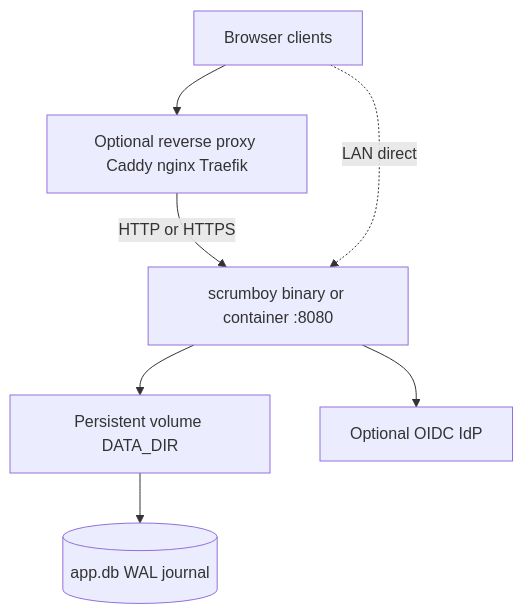
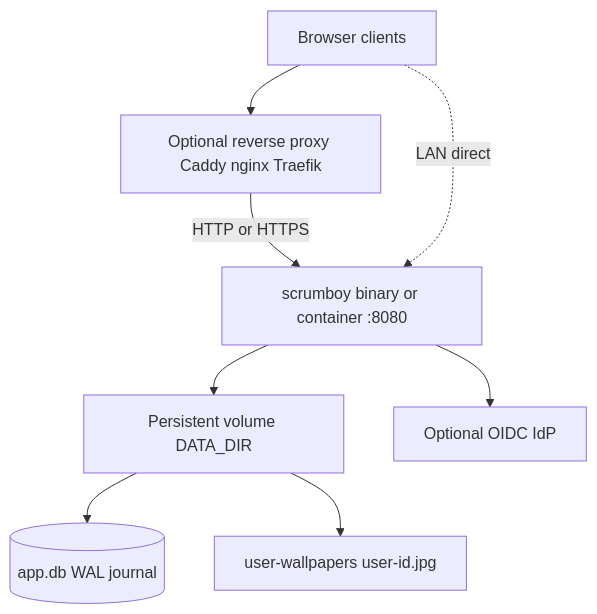
The first of 3 diagrams in docs/diagrams/scrumboy_deployment_ops.md (markrai/scrumboy), drawn with Mermaid before and after one commit. The commit also changed other lines of this file and 18 other files, not shown here.

````diff
--- a/docs/diagrams/scrumboy_deployment_ops.md
+++ b/docs/diagrams/scrumboy_deployment_ops.md
@@ -7,16 +7,18 @@
 ```mermaid
 flowchart TB
   User[Browser clients]
   Proxy[Optional reverse proxy Caddy nginx Traefik]
   App[scrumboy binary or container :8080]
   Vol["Persistent volume DATA_DIR"]
   DB[(app.db WAL journal)]
+  Wallpapers["user-wallpapers user-id.jpg"]
   IdP[Optional OIDC IdP]
 
   User --> Proxy
   Proxy -->|HTTP or HTTPS| App
   User -.->|LAN direct| App
   App --> Vol
   Vol --> DB
+  Vol --> Wallpapers
   App --> IdP
 ```
````
